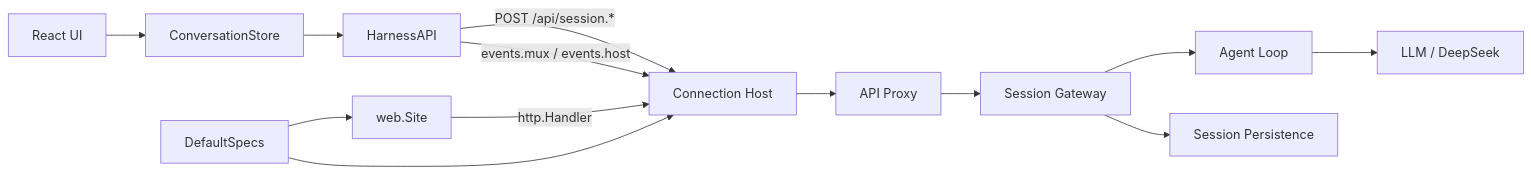
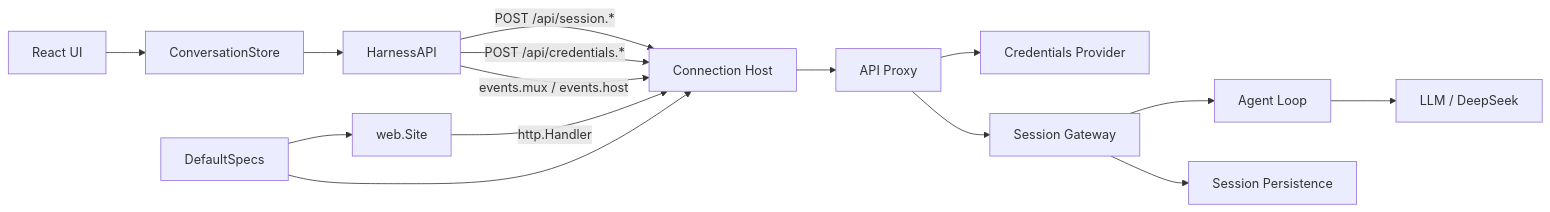
Before and after one commit to gorenx/goren: the first of 3 diagrams in web/README.zh-CN.md, drawn with Mermaid. The commit also changed other lines of this file and 15 other files, not shown here.

Commit message:
docs: define credentials ownership and flow

````diff
--- a/web/README.zh-CN.md
+++ b/web/README.zh-CN.md
@@ -25,16 +26,18 @@
 ```mermaid
 flowchart LR
     Browser[React UI] --> Store[ConversationStore]
     Store --> Client[HarnessAPI]
     Client -->|POST /api/session.*| Host[Connection Host]
+    Client -->|POST /api/credentials.*| Host
     Client -->|events.mux / events.host| Host
     Host --> Proxy[API Proxy]
+    Proxy --> Credentials[Credentials Provider]
     Proxy --> Session[Session Gateway]
     Session --> Agent[Agent Loop]
     Agent --> LLM[LLM / DeepSeek]
     Session --> Persistence[Session Persistence]
 
     Site[web.Site] -->|http.Handler| Host
     Assembly[DefaultSpecs] --> Site
     Assembly --> Host
 ```
````
